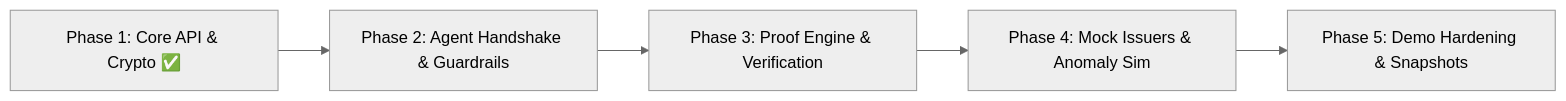
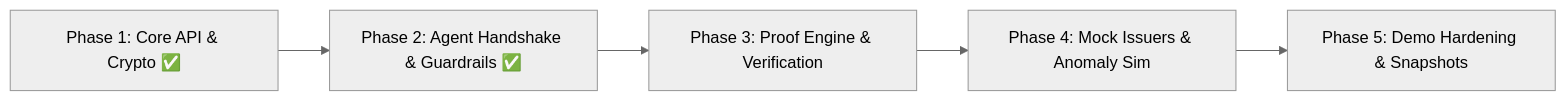
The diagram in backend/PLAN.md (Jagadish-s-naik/openvyapar), drawn with Mermaid (neutral theme) before and after one commit. The commit also changed 1 other file, not shown here.

Commit message:
feat: add agent action decision endpoint and update project plan

````diff
--- a/backend/PLAN.md
+++ b/backend/PLAN.md
@@ -30,7 +30,7 @@
 ```mermaid
 graph LR
-    Phase1[Phase 1: Core API & Crypto ✅] --> Phase2[Phase 2: Agent Handshake & Guardrails]
+    Phase1[Phase 1: Core API & Crypto ✅] --> Phase2[Phase 2: Agent Handshake & Guardrails ✅]
     Phase2 --> Phase3[Phase 3: Proof Engine & Verification]
     Phase3 --> Phase4[Phase 4: Mock Issuers & Anomaly Sim]
     Phase4 --> Phase5[Phase 5: Demo Hardening & Snapshots]
 ```
````
